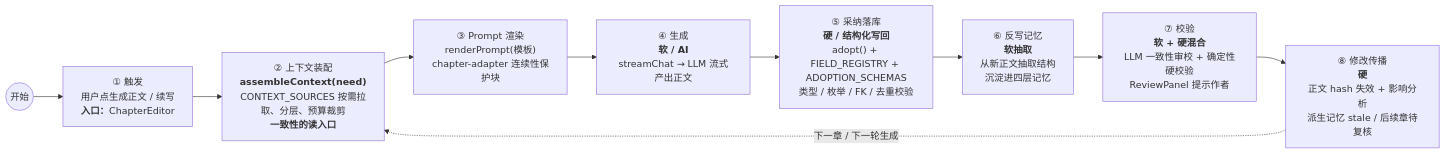
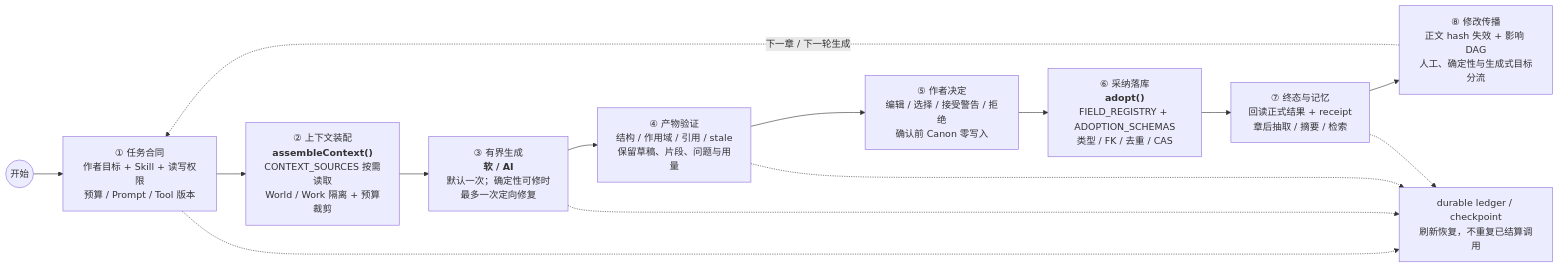
The fifth of 8 diagrams in docs/FEATURE-GUIDE.md (EstusFlask/storyforge), drawn with Mermaid before and after one commit. The commit also changed other lines of this file and 17 other files, not shown here.

First line of the commit message:
docs(HARNESS): publish architecture rebuild release notes (#64)

````diff
--- a/docs/FEATURE-GUIDE.md
+++ b/docs/FEATURE-GUIDE.md
@@ -1128,16 +1142,21 @@
 ```mermaid
 flowchart LR
   start(("开始"))
 
-  s1["① 触发<br/>用户点生成正文 / 续写<br/><b>入口：</b>ChapterEditor"]
-  s2["② 上下文装配<br/><b>assembleContext(need)</b><br/>CONTEXT_SOURCES 按需拉取、分层、预算裁剪<br/><b>一致性的读入口</b>"]
-  s3["③ Prompt 渲染<br/>renderPrompt(模板)<br/>chapter-adapter 连续性保护块"]
-  s4["④ 生成<br/><b>软 / AI</b><br/>streamChat → LLM 流式产出正文"]
-  s5["⑤ 采纳落库<br/><b>硬 / 结构化写回</b><br/>adopt() + FIELD_REGISTRY + ADOPTION_SCHEMAS<br/>类型 / 枚举 / FK / 去重校验"]
-  s6["⑥ 反写记忆<br/><b>软抽取</b><br/>从新正文抽取结构<br/>沉淀进四层记忆"]
-  s7["⑦ 校验<br/><b>软 + 硬混合</b><br/>LLM 一致性审校 + 确定性硬校验<br/>ReviewPanel 提示作者"]
-  s8["⑧ 修改传播<br/><b>硬</b><br/>正文 hash 失效 + 影响分析<br/>派生记忆 stale / 后续章待复核"]
+  s1["① 任务合同<br/>作者目标 + Skill + 读写权限<br/>预算 / Prompt / Tool 版本"]
+  s2["② 上下文装配<br/><b>assembleContext()</b><br/>CONTEXT_SOURCES 按需读取<br/>World / Work 隔离 + 预算裁剪"]
+  s3["③ 有界生成<br/><b>软 / AI</b><br/>默认一次；确定性可修时<br/>最多一次定向修复"]
+  s4["④ 产物验证<br/>结构 / 作用域 / 引用 / stale<br/>保留草稿、片段、问题与用量"]
+  s5["⑤ 作者决定<br/>编辑 / 选择 / 接受警告 / 拒绝<br/>确认前 Canon 零写入"]
+  s6["⑥ 采纳落库<br/><b>adopt()</b><br/>FIELD_REGISTRY + ADOPTION_SCHEMAS<br/>类型 / FK / 去重 / CAS"]
+  s7["⑦ 终态与记忆<br/>回读正式结果 + receipt<br/>章后抽取 / 摘要 / 检索"]
+  s8["⑧ 修改传播<br/>正文 hash 失效 + 影响 DAG<br/>人工、确定性与生成式目标分流"]
+  ledger["durable ledger / checkpoint<br/>刷新恢复，不重复已结算调用"]
 
   start --> s1 --> s2 --> s3 --> s4 --> s5 --> s6 --> s7 --> s8
-  s8 -. "下一章 / 下一轮生成" .-> s2
+  s1 -.-> ledger
+  s3 -.-> ledger
+  s4 -.-> ledger
+  s7 -.-> ledger
+  s8 -. "下一章 / 下一轮生成" .-> s1
 ```
````
